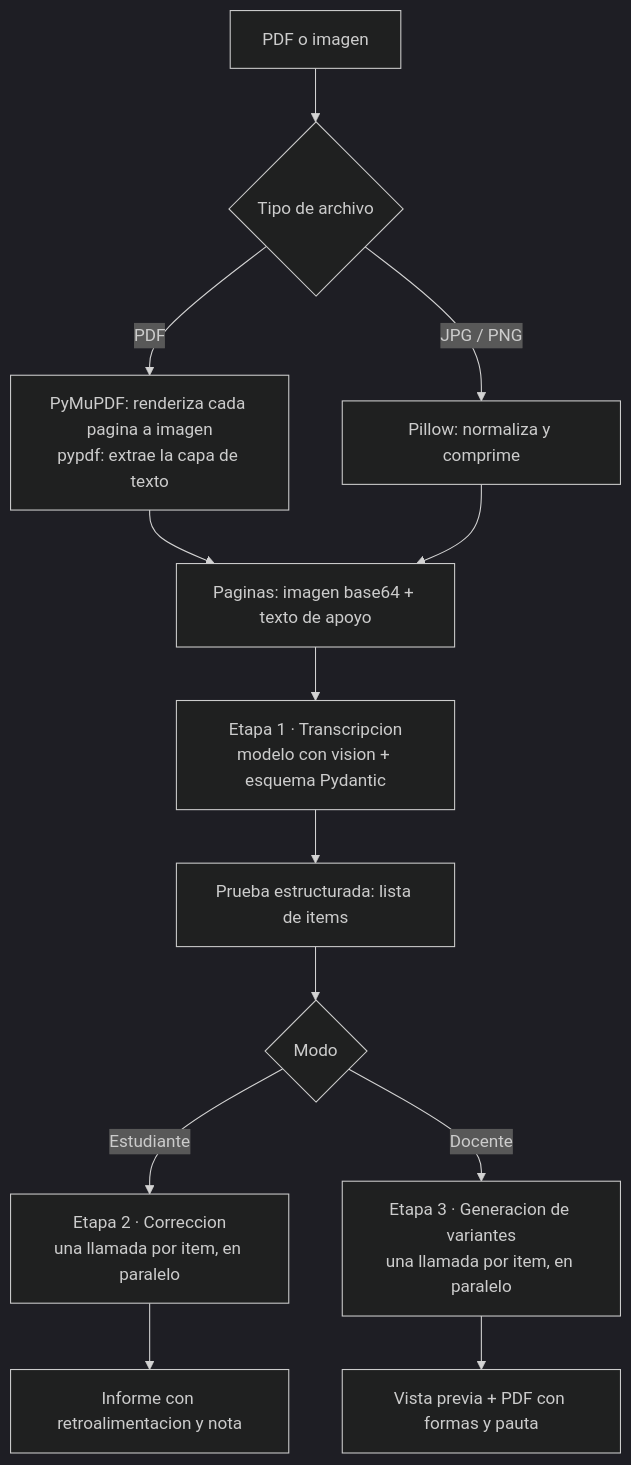
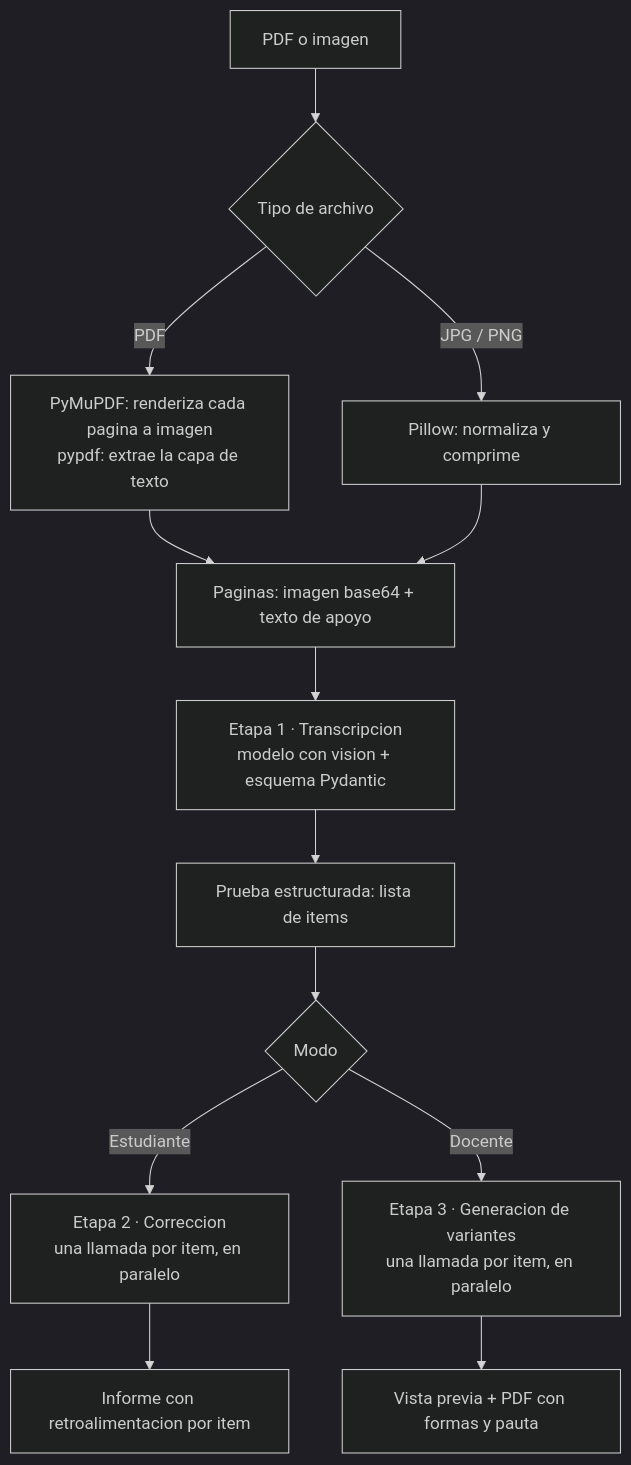
Before and after one commit to 3betclover/DesafioAlura: the diagram in README.md, drawn with Mermaid (dark theme). The commit also changed other lines of this file and 4 other files, not shown here.

````diff
--- a/README.md
+++ b/README.md
@@ -67,15 +70,15 @@
 ```mermaid
 flowchart TD
     A[PDF o imagen] --> B{Tipo de archivo}
     B -->|PDF| C[PyMuPDF: renderiza cada pagina a imagen<br/>pypdf: extrae la capa de texto]
     B -->|JPG / PNG| D[Pillow: normaliza y comprime]
     C --> E[Paginas: imagen base64 + texto de apoyo]
     D --> E
     E --> F[Etapa 1 · Transcripcion<br/>modelo con vision + esquema Pydantic]
     F --> G[Prueba estructurada: lista de items]
     G --> H{Modo}
     H -->|Estudiante| I[Etapa 2 · Correccion<br/>una llamada por item, en paralelo]
     H -->|Docente| J[Etapa 3 · Generacion de variantes<br/>una llamada por item, en paralelo]
-    I --> K[Informe con retroalimentacion y nota]
+    I --> K[Informe con retroalimentacion por item]
     J --> L[Vista previa + PDF con formas y pauta]
 ```
````
